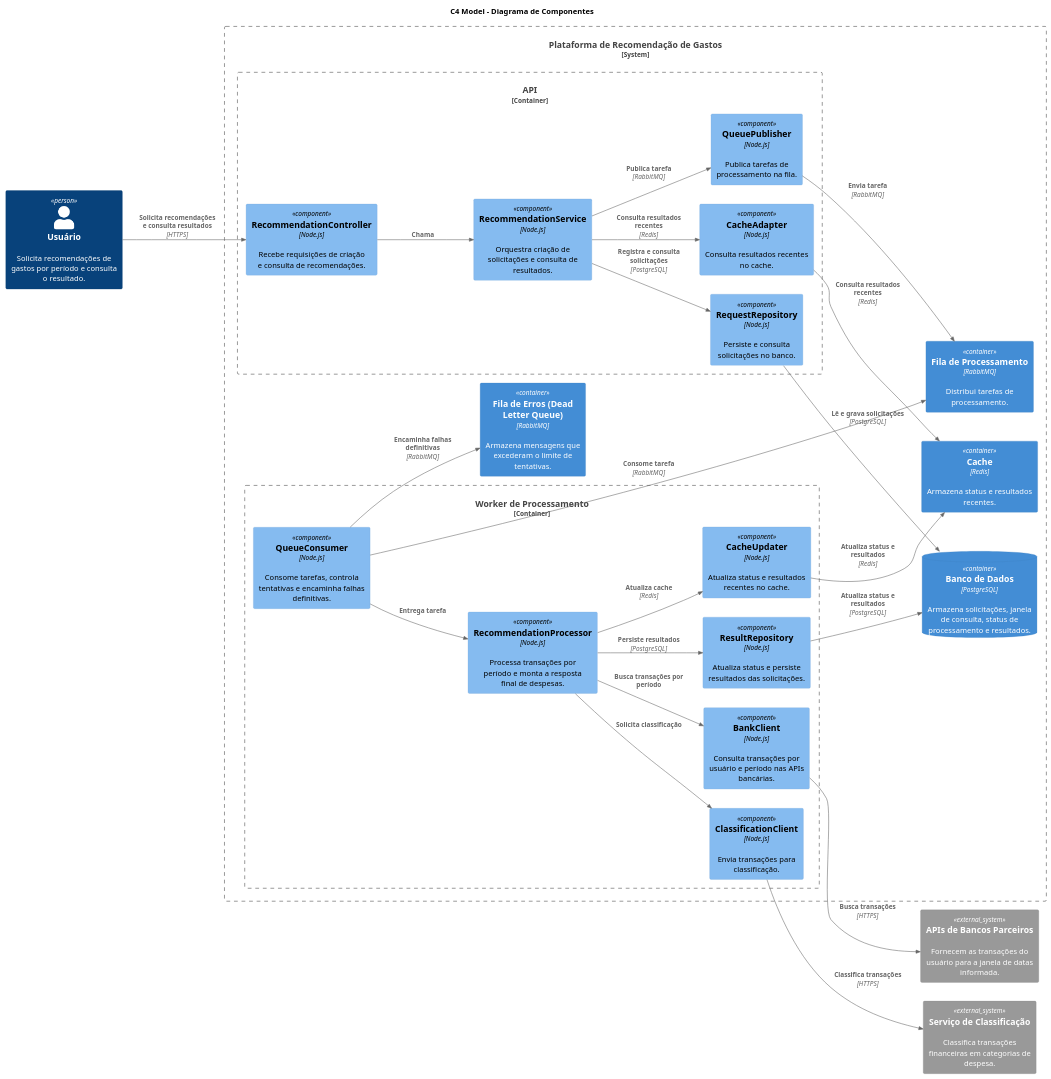
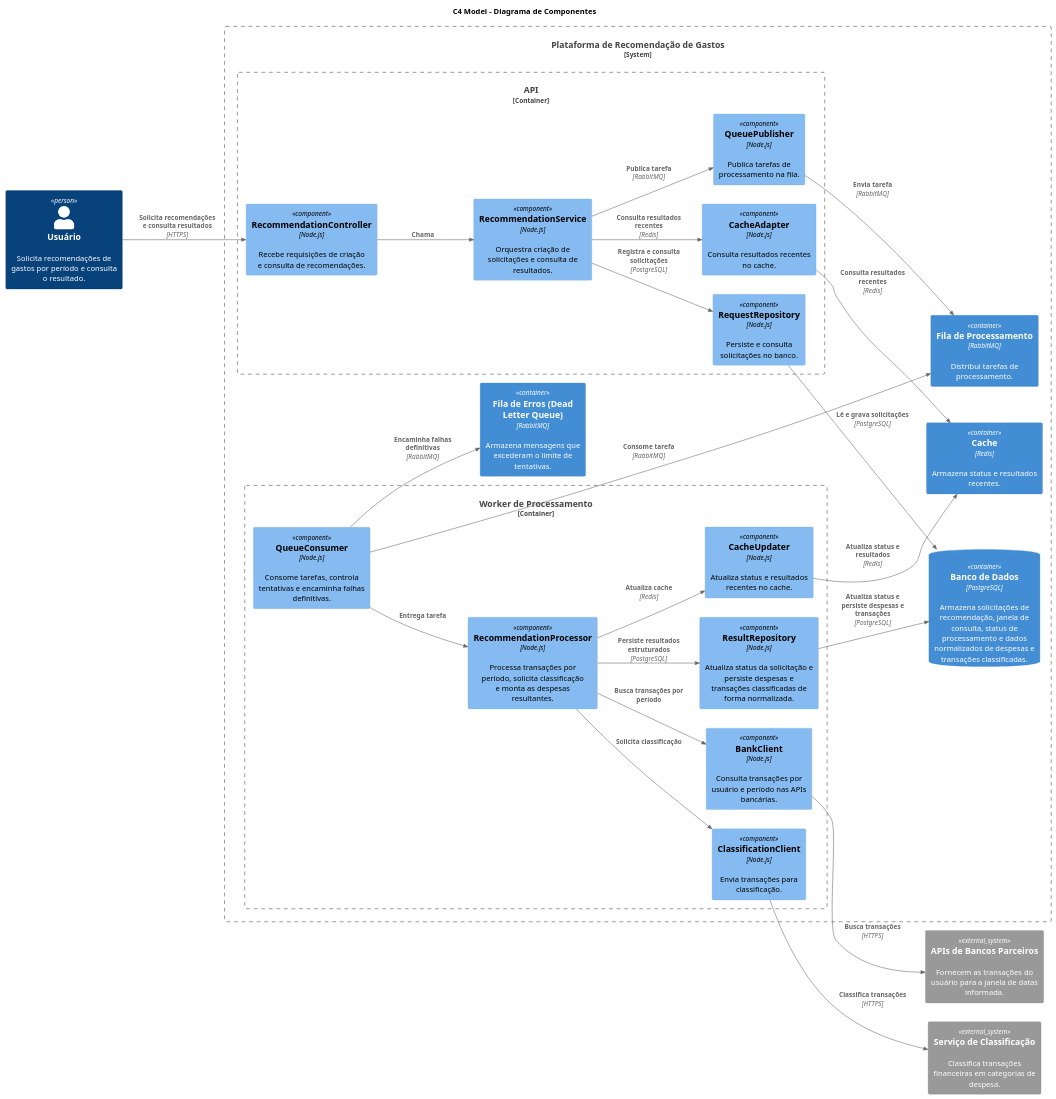
The diagram in 2__diagramas/2.3__c4-componentes.puml (nelsera/idwall-desafio-arquitetura), drawn with PlantUML before and after one commit. The commit also changed 12 other files, not shown here.

Commit message:
feat(worker): padronizar mapeamento de categorias no processamento de transações

```diff
--- a/2__diagramas/2.3__c4-componentes.puml
+++ b/2__diagramas/2.3__c4-componentes.puml
@@ -1,68 +1,70 @@
 @startuml c4-componentes
 !includeurl https://raw.githubusercontent.com/plantuml-stdlib/C4-PlantUML/master/C4_Component.puml
 
 LAYOUT_LEFT_RIGHT()
 
 title C4 Model - Diagrama de Componentes
 
 ' Atores
 Person(usuario, "Usuário", "Solicita recomendações de gastos por período e consulta o resultado.")
 
 ' Sistemas externos
 System_Ext(bancos, "APIs de Bancos Parceiros", "Fornecem as transações do usuário para a janela de datas informada.")
 System_Ext(ml, "Serviço de Classificação", "Classifica transações financeiras em categorias de despesa.")
 
 ' Containers e componentes
 System_Boundary(sistema, "Plataforma de Recomendação de Gastos") {
 
   Container_Boundary(api_container, "API") {
     Component(controller, "RecommendationController", "Node.js", "Recebe requisições de criação e consulta de recomendações.")
     Component(service, "RecommendationService", "Node.js", "Orquestra criação de solicitações e consulta de resultados.")
     Component(repository, "RequestRepository", "Node.js", "Persiste e consulta solicitações no banco.")
     Component(cache_adapter, "CacheAdapter", "Node.js", "Consulta resultados recentes no cache.")
     Component(queue_publisher, "QueuePublisher", "Node.js", "Publica tarefas de processamento na fila.")
   }
 
   Container_Boundary(worker_container, "Worker de Processamento") {
     Component(queue_consumer, "QueueConsumer", "Node.js", "Consome tarefas, controla tentativas e encaminha falhas definitivas.")
-    Component(processor, "RecommendationProcessor", "Node.js", "Processa transações por período e monta a resposta final de despesas.")
+    Component(processor, "RecommendationProcessor", "Node.js", "Processa transações por período, solicita classificação e monta as despesas resultantes.")
     Component(bank_client, "BankClient", "Node.js", "Consulta transações por usuário e período nas APIs bancárias.")
     Component(classification_client, "ClassificationClient", "Node.js", "Envia transações para classificação.")
-    Component(result_repository, "ResultRepository", "Node.js", "Atualiza status e persiste resultados das solicitações.")
+    Component(result_repository, "ResultRepository", "Node.js", "Atualiza status da solicitação e persiste despesas e transações classificadas de forma normalizada.")
     Component(cache_updater, "CacheUpdater", "Node.js", "Atualiza status e resultados recentes no cache.")
   }
 
-  ContainerDb(db, "Banco de Dados", "PostgreSQL", "Armazena solicitações, janela de consulta, status de processamento e resultados.")
+  ContainerDb(db, "Banco de Dados", "PostgreSQL", "Armazena solicitações de recomendação, janela de consulta, status de processamento e dados normalizados de despesas e transações classificadas.")
+
   Container(fila, "Fila de Processamento", "RabbitMQ", "Distribui tarefas de processamento.")
   Container(dlq, "Fila de Erros (Dead Letter Queue)", "RabbitMQ", "Armazena mensagens que excederam o limite de tentativas.")
   Container(cache, "Cache", "Redis", "Armazena status e resultados recentes.")
 }
 
 ' Relacionamentos
 Rel(usuario, controller, "Solicita recomendações e consulta resultados", "HTTPS")
 
 Rel(controller, service, "Chama")
 Rel(service, repository, "Registra e consulta solicitações", "PostgreSQL")
 Rel(service, cache_adapter, "Consulta resultados recentes", "Redis")
 Rel(service, queue_publisher, "Publica tarefa", "RabbitMQ")
 
 Rel(queue_publisher, fila, "Envia tarefa", "RabbitMQ")
 Rel(queue_consumer, fila, "Consome tarefa", "RabbitMQ")
 Rel(queue_consumer, dlq, "Encaminha falhas definitivas", "RabbitMQ")
 Rel(queue_consumer, processor, "Entrega tarefa")
 
 Rel(processor, bank_client, "Busca transações por período")
 Rel(bank_client, bancos, "Busca transações", "HTTPS")
 
 Rel(processor, classification_client, "Solicita classificação")
 Rel(classification_client, ml, "Classifica transações", "HTTPS")
 
-Rel(processor, result_repository, "Persiste resultados", "PostgreSQL")
+Rel(processor, result_repository, "Persiste resultados estruturados", "PostgreSQL")
 Rel(processor, cache_updater, "Atualiza cache", "Redis")
 
 Rel(repository, db, "Lê e grava solicitações", "PostgreSQL")
-Rel(result_repository, db, "Atualiza status e resultados", "PostgreSQL")
+Rel(result_repository, db, "Atualiza status e persiste despesas e transações", "PostgreSQL")
+
 Rel(cache_adapter, cache, "Consulta resultados recentes", "Redis")
 Rel(cache_updater, cache, "Atualiza status e resultados", "Redis")
 
 @enduml
```
